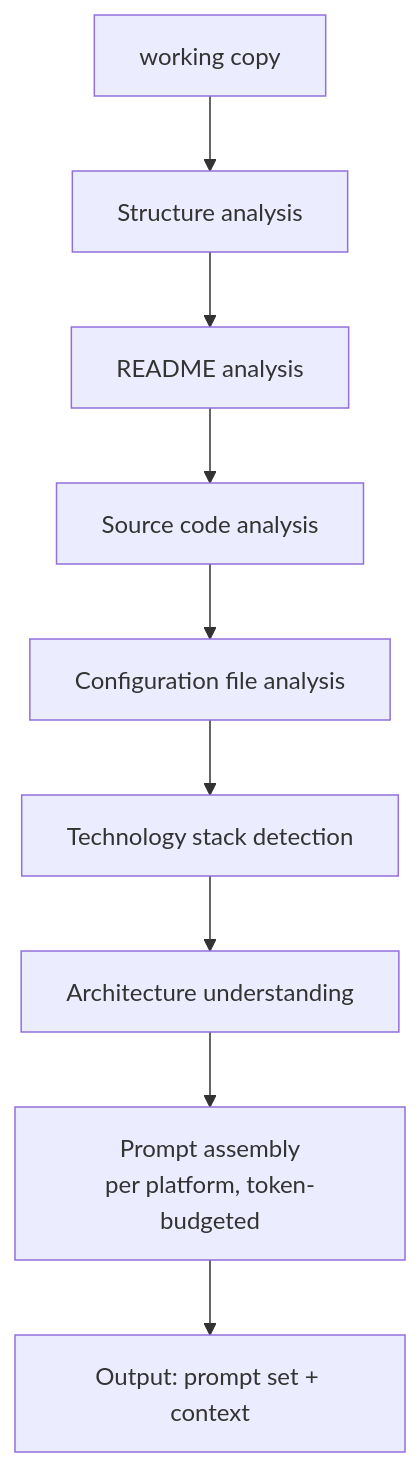
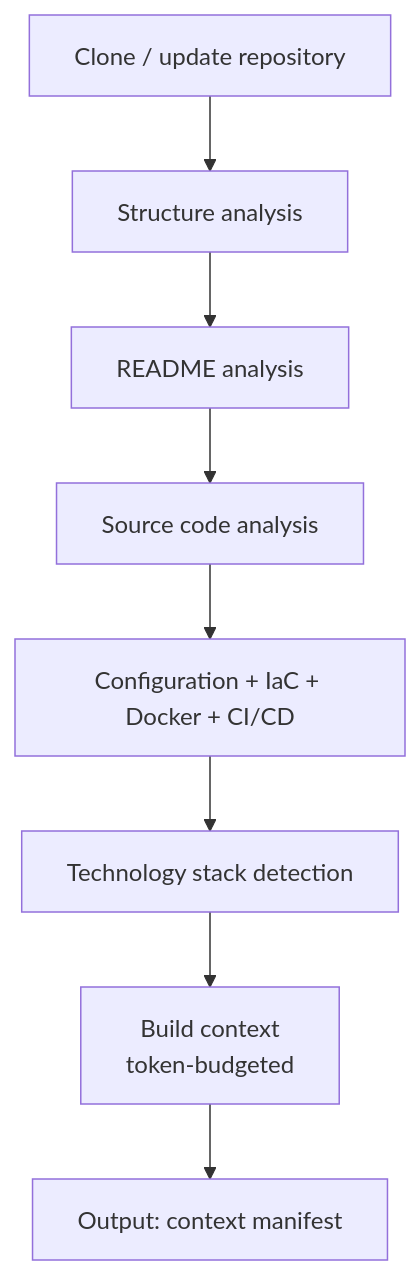
Before and after one commit to teddynted/ai-github-repository-blog-generator: the third of 6 diagrams in docs/workflows.md, drawn with Mermaid. The commit also changed other lines of this file and 12 other files, not shown here.

First line of the commit message:
docs: pivot to self-hosted OpenClaw + Ollama + EC2 Spot architecture

````diff
--- a/docs/workflows.md
+++ b/docs/workflows.md
@@ -99,11 +70,10 @@
 ```mermaid
 flowchart TB
-    A[working copy] --> ST[Structure analysis]
+    C[Clone / update repository] --> ST[Structure analysis]
     ST --> RD[README analysis]
     RD --> SR[Source code analysis]
-    SR --> CF[Configuration file analysis]
+    SR --> CF[Configuration + IaC + Docker + CI/CD]
     CF --> TD[Technology stack detection]
-    TD --> AR[Architecture understanding]
-    AR --> PB[Prompt assembly<br/>per platform, token-budgeted]
-    PB --> O[Output: prompt set + context]
+    TD --> CTX[Build context<br/>token-budgeted]
+    CTX --> O[Output: context manifest]
 ```
````
